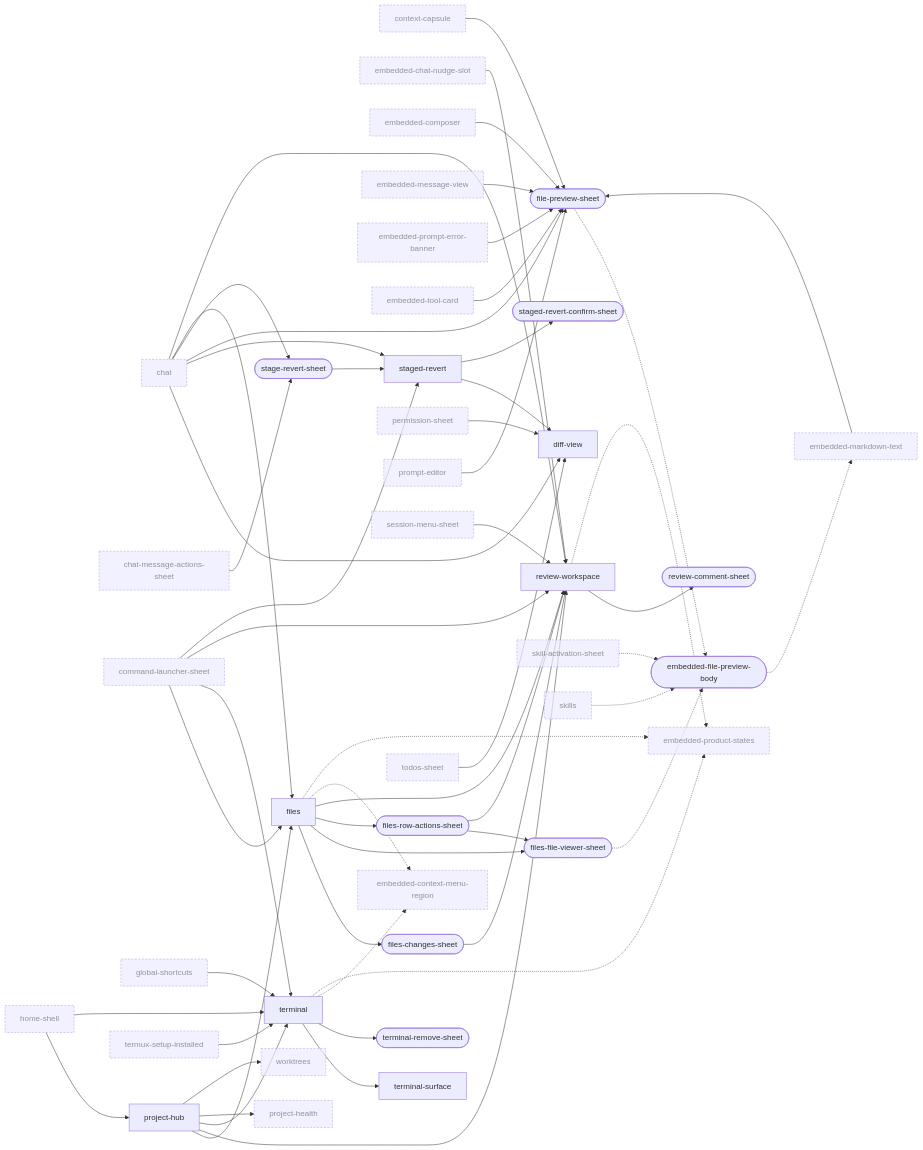
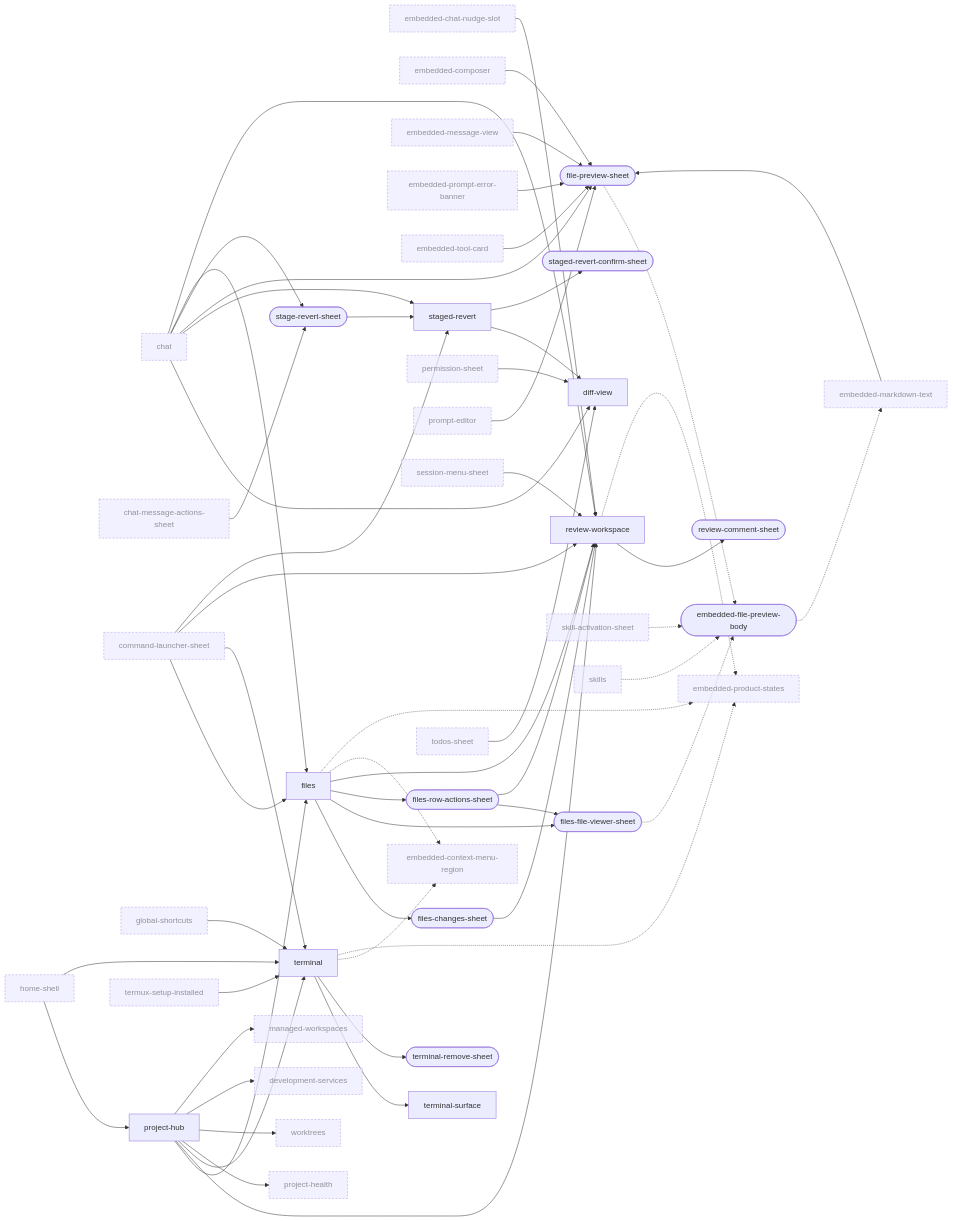
Before and after one commit to Breskott/opencode-mobile-next: the fourth of 10 diagrams in docs/design/ui-ledger/navigation.md, drawn with Mermaid. The commit also changed other lines of this file and 54 other files, not shown here.

First line of the commit message:
feat(chat): One model sheet; thinking and agent in its footer; context capsule gone (P3.3) [skip ci]

```diff
--- a/docs/design/ui-ledger/navigation.md
+++ b/docs/design/ui-ledger/navigation.md
@@ -584,7 +574,7 @@
   chat["chat"]:::ext
   chat_message_actions_sheet["chat-message-actions-sheet"]:::ext
   command_launcher_sheet["command-launcher-sheet"]:::ext
-  context_capsule["context-capsule"]:::ext
+  development_services["development-services"]:::ext
   diff_view["diff-view"]
   embedded_chat_nudge_slot["embedded-chat-nudge-slot"]:::ext
   embedded_composer["embedded-composer"]:::ext
@@ -602,6 +592,7 @@
   files_row_actions_sheet(["files-row-actions-sheet"])
   global_shortcuts["global-shortcuts"]:::ext
   home_shell["home-shell"]:::ext
+  managed_workspaces["managed-workspaces"]:::ext
   permission_sheet["permission-sheet"]:::ext
   project_health["project-health"]:::ext
   project_hub["project-hub"]
@@ -645,6 +636,8 @@
   project_hub --> terminal
   project_hub --> project_health
   project_hub --> worktrees
+  project_hub --> development_services
+  project_hub --> managed_workspaces
   files --> files_changes_sheet
   files --> files_file_viewer_sheet
   files --> files_row_actions_sheet
@@ -659,7 +652,6 @@
   staged_revert --> diff_view
   staged_revert --> staged_revert_confirm_sheet
   termux_setup_installed --> terminal
-  context_capsule --> file_preview_sheet
   files -.-> embedded_context_menu_region
   terminal -.-> embedded_context_menu_region
   files -.-> embedded_product_states
```
